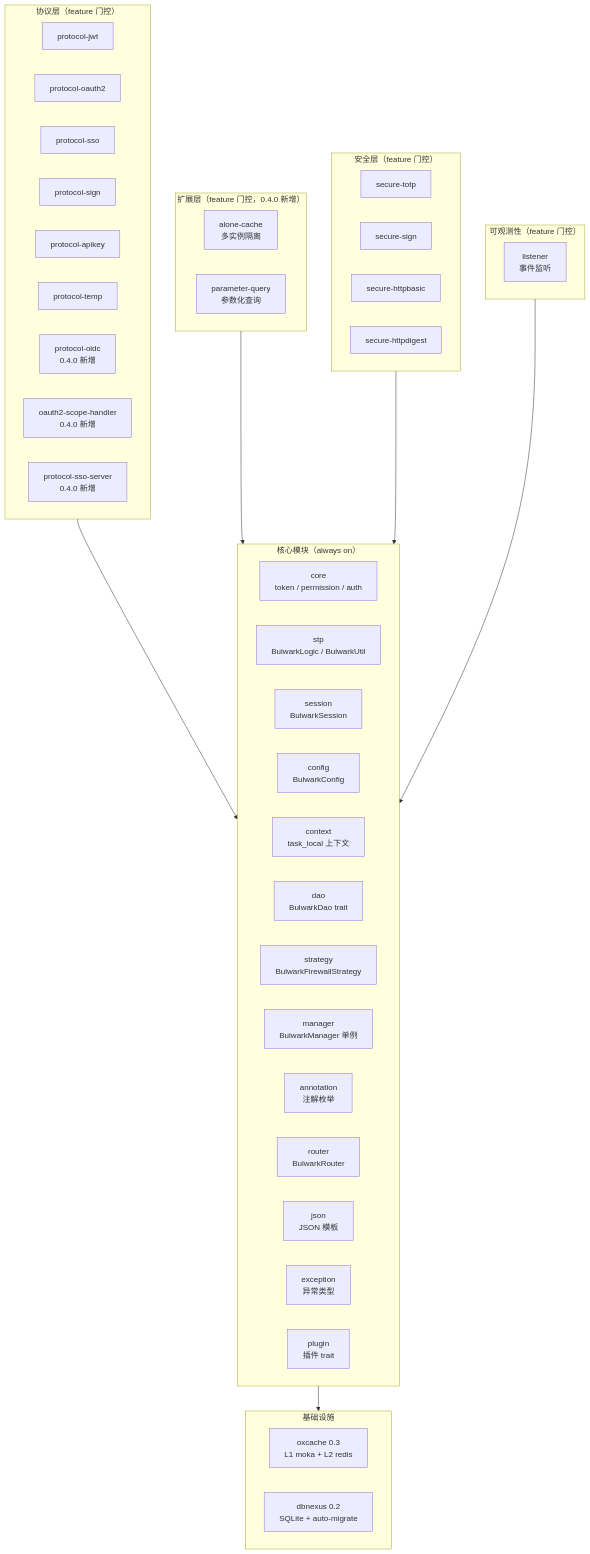
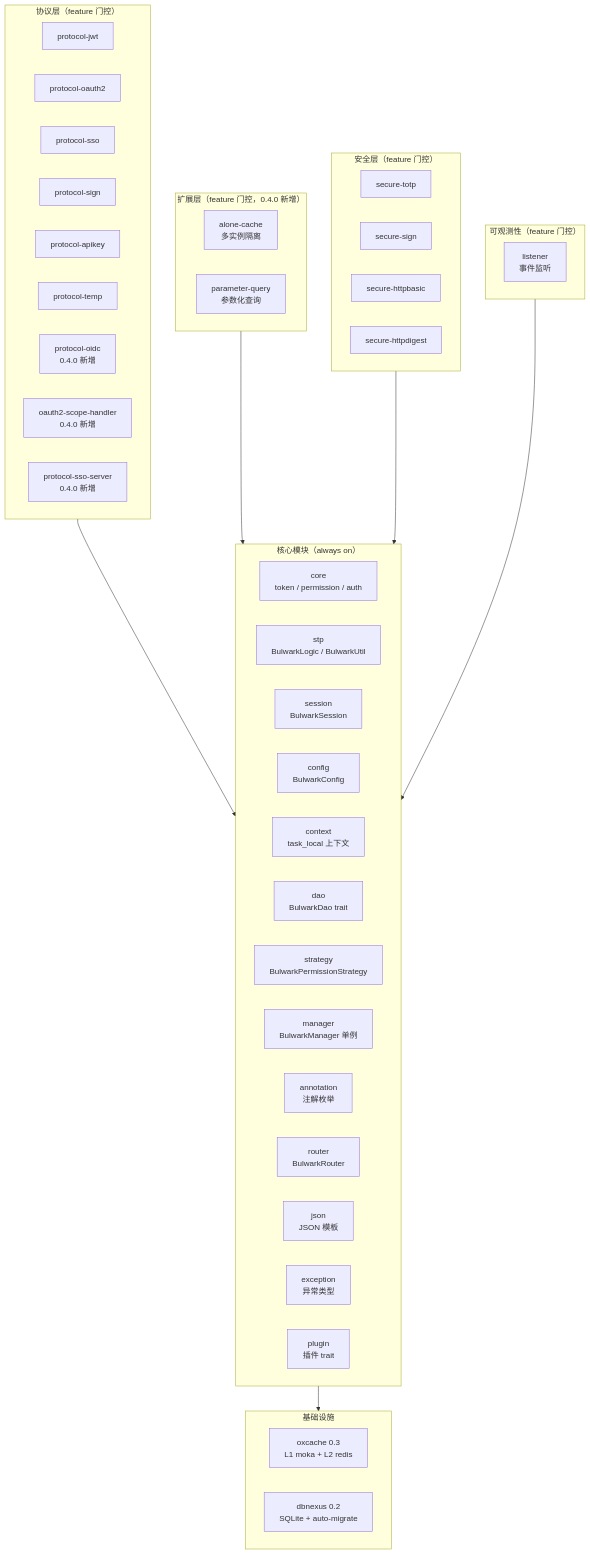
Before and after one commit to Kirky-X/garrison: the first of 3 diagrams in docs/ARCHITECTURE.md, drawn with Mermaid. The commit also changed other lines of this file and 19 other files, not shown here.

First line of the commit message:
refactor(strategy): rename BulwarkFirewallStrategy → BulwarkPermissionStrategy (H5 prereq)

````diff
--- a/docs/ARCHITECTURE.md
+++ b/docs/ARCHITECTURE.md
@@ -48,57 +48,57 @@
 ```mermaid
 graph TB
     subgraph CoreLayer["核心模块（always on）"]
         core[core<br/>token / permission / auth]
         stp[stp<br/>BulwarkLogic / BulwarkUtil]
         session[session<br/>BulwarkSession]
         config[config<br/>BulwarkConfig]
         context[context<br/>task_local 上下文]
         dao[dao<br/>BulwarkDao trait]
-        strategy[strategy<br/>BulwarkFirewallStrategy]
+        strategy[strategy<br/>BulwarkPermissionStrategy]
         manager[manager<br/>BulwarkManager 单例]
         annotation[annotation<br/>注解枚举]
         router[router<br/>BulwarkRouter]
         json[json<br/>JSON 模板]
         exception[exception<br/>异常类型]
         plugin[plugin<br/>插件 trait]
     end
 
     subgraph ProtocolLayer["协议层（feature 门控）"]
         protocol-jwt[protocol-jwt]
         oauth2[protocol-oauth2]
         sso[protocol-sso]
         sign[protocol-sign]
         apikey[protocol-apikey]
         temp[protocol-temp]
         oidc[protocol-oidc<br/>0.4.0 新增]
         scope-handler[oauth2-scope-handler<br/>0.4.0 新增]
         sso-server[protocol-sso-server<br/>0.4.0 新增]
     end
 
     subgraph ExtensionLayer["扩展层（feature 门控，0.4.0 新增）"]
         alone-cache[alone-cache<br/>多实例隔离]
         parameter-query[parameter-query<br/>参数化查询]
     end
 
     subgraph SecureLayer["安全层（feature 门控）"]
         secure-totp[secure-totp]
         secure-sign[secure-sign]
         httpbasic[secure-httpbasic]
         httpdigest[secure-httpdigest]
     end
 
     subgraph InfraLayer["基础设施"]
         oxcache[oxcache 0.3<br/>L1 moka + L2 redis]
         dbnexus[dbnexus 0.2<br/>SQLite + auto-migrate]
     end
 
     subgraph Observable["可观测性（feature 门控）"]
         listener[listener<br/>事件监听]
     end
 
     CoreLayer --> InfraLayer
     ProtocolLayer --> CoreLayer
     ExtensionLayer --> CoreLayer
     SecureLayer --> CoreLayer
     Observable --> CoreLayer
 ```
````
